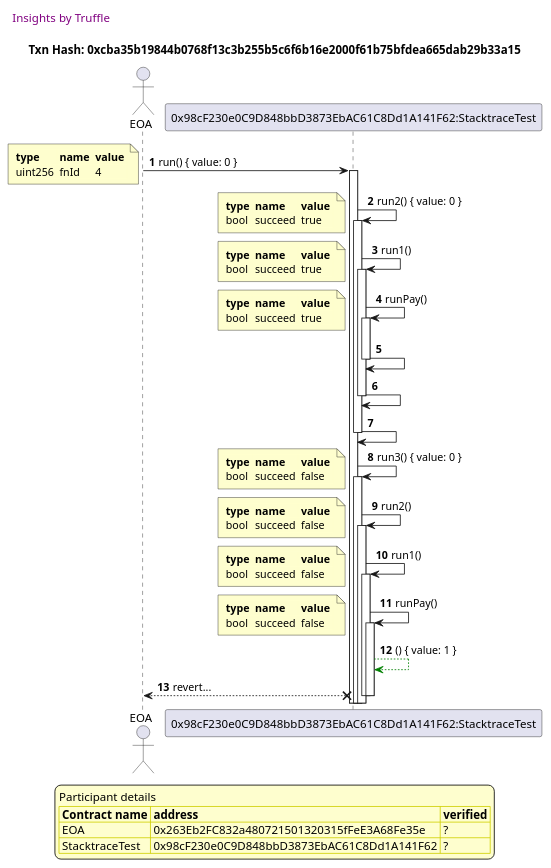
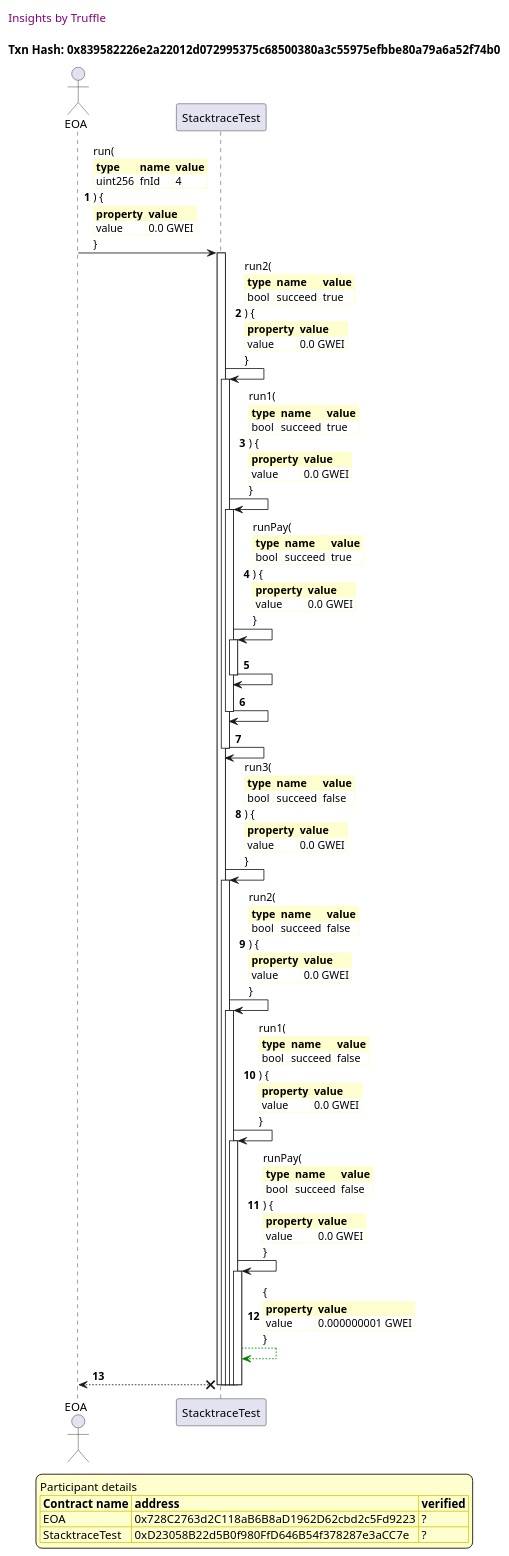
One commit to trufflesuite/txlog-seedlings changed the eighth of 11 diagrams in truffle-seq/stacktrace.test.md. Above: the diagram before and after it, drawn with PlantUML. The commit also changed other lines of this file and 5 other files, not shown here.

````diff
--- a/truffle-seq/stacktrace.test.md
+++ b/truffle-seq/stacktrace.test.md
@@ -463,93 +513,119 @@
 ```plantuml
+
+
 @startuml
 
 autonumber
-
 skinparam legendBackgroundColor #FEFECE
 
 <style>
-
-header {
-  HorizontalAlignment left
-  FontColor purple
-  FontSize 14
-  Padding 10
-}
-
-</style>
-
+      header {
+        HorizontalAlignment left
+        FontColor purple
+        FontSize 14
+        Padding 10
+      }
+    </style>
 
 header Insights by Truffle
 
-title Txn Hash: 0xcba35b19844b0768f13c3b255b5c6f6b16e2000f61b75bfdea665dab29b33a15
+title Txn Hash: 0x839582226e2a22012d072995375c68500380a3c55975efbbe80a79a6a52f74b0
+
 
 actor EOA as "EOA"
-participant StacktraceTest_01 as "0x98cF230e0C9D848bbD3873EbAC61C8Dd1A141F62:StacktraceTest"
 
-EOA -> StacktraceTest_01 ++: run() { value: 0 }
-note left #FEFECE
-<#FEFECE,#FEFECE>|= type |= name |= value |
-| uint256 | fnId | 4 |
-end note
+participant StacktraceTest as "StacktraceTest"
 
-StacktraceTest_01 -> StacktraceTest_01 ++: run2() { value: 0 }
-note left #FEFECE
-<#FEFECE,#FEFECE>|= type |= name |= value |
-| bool | succeed | true |
-end note
+"EOA" -> "StacktraceTest" ++: run(\n\
+<#FEFECE,#FEFECE>|= type |= name |= value |\n\
+| uint256 | fnId | 4 |\n\
+) {\n\
+<#FEFECE,#FEFECE>|= property |= value|\n\
+| value | 0.0 GWEI |\n\
+}
 
-StacktraceTest_01 -> StacktraceTest_01 ++: run1() 
-note left #FEFECE
-<#FEFECE,#FEFECE>|= type |= name |= value |
-| bool | succeed | true |
-end note
+"StacktraceTest" -> "StacktraceTest" ++: run2(\n\
+<#FEFECE,#FEFECE>|= type |= name |= value |\n\
+| bool | succeed | true |\n\
+) {\n\
+<#FEFECE,#FEFECE>|= property |= value|\n\
+| value | 0.0 GWEI |\n\
+}
 
-StacktraceTest_01 -> StacktraceTest_01 ++: runPay() 
-note left #FEFECE
-<#FEFECE,#FEFECE>|= type |= name |= value |
-| bool | succeed | true |
-end note
+"StacktraceTest" -> "StacktraceTest" ++: run1(\n\
+<#FEFECE,#FEFECE>|= type |= name |= value |\n\
+| bool | succeed | true |\n\
+) {\n\
+<#FEFECE,#FEFECE>|= property |= value|\n\
+| value | 0.0 GWEI |\n\
+}
 
-StacktraceTest_01 -> StacktraceTest_01 --: 
-StacktraceTest_01 -> StacktraceTest_01 --: 
-StacktraceTest_01 -> StacktraceTest_01 --: 
-StacktraceTest_01 -> StacktraceTest_01 ++: run3() { value: 0 }
-note left #FEFECE
-<#FEFECE,#FEFECE>|= type |= name |= value |
-| bool | succeed | false |
-end note
+"StacktraceTest" -> "StacktraceTest" ++: runPay(\n\
+<#FEFECE,#FEFECE>|= type |= name |= value |\n\
+| bool | succeed | true |\n\
+) {\n\
+<#FEFECE,#FEFECE>|= property |= value|\n\
+| value | 0.0 GWEI |\n\
+}
 
-StacktraceTest_01 -> StacktraceTest_01 ++: run2() 
-note left #FEFECE
-<#FEFECE,#FEFECE>|= type |= name |= value |
-| bool | succeed | false |
-end note
+"StacktraceTest" -> "StacktraceTest" --: 
 
-StacktraceTest_01 -> StacktraceTest_01 ++: run1() 
-note left #FEFECE
-<#FEFECE,#FEFECE>|= type |= name |= value |
-| bool | succeed | false |
-end note
+"StacktraceTest" -> "StacktraceTest" --: 
 
-StacktraceTest_01 -> StacktraceTest_01 ++: runPay() 
-note left #FEFECE
-<#FEFECE,#FEFECE>|= type |= name |= value |
-| bool | succeed | false |
-end note
+"StacktraceTest" -> "StacktraceTest" --: 
 
-StacktraceTest_01 -[#green]-> StacktraceTest_01 : () { value: 1 }
-StacktraceTest_01 x--> EOA: revert...
-deactivate StacktraceTest_01
-deactivate StacktraceTest_01
+"StacktraceTest" -> "StacktraceTest" ++: run3(\n\
+<#FEFECE,#FEFECE>|= type |= name |= value |\n\
+| bool | succeed | false |\n\
+) {\n\
+<#FEFECE,#FEFECE>|= property |= value|\n\
+| value | 0.0 GWEI |\n\
+}
+
+"StacktraceTest" -> "StacktraceTest" ++: run2(\n\
+<#FEFECE,#FEFECE>|= type |= name |= value |\n\
+| bool | succeed | false |\n\
+) {\n\
+<#FEFECE,#FEFECE>|= property |= value|\n\
+| value | 0.0 GWEI |\n\
+}
+
+"StacktraceTest" -> "StacktraceTest" ++: run1(\n\
+<#FEFECE,#FEFECE>|= type |= name |= value |\n\
+| bool | succeed | false |\n\
+) {\n\
+<#FEFECE,#FEFECE>|= property |= value|\n\
+| value | 0.0 GWEI |\n\
+}
+
+"StacktraceTest" -> "StacktraceTest" ++: runPay(\n\
+<#FEFECE,#FEFECE>|= type |= name |= value |\n\
+| bool | succeed | false |\n\
+) {\n\
+<#FEFECE,#FEFECE>|= property |= value|\n\
+| value | 0.0 GWEI |\n\
+}
+
+"StacktraceTest" -[#green]-> "StacktraceTest" : {\n\
+<#FEFECE,#FEFECE>|= property |= value|\n\
+| value | 0.000000001 GWEI |\n\
+}
+
+"StacktraceTest" x--> "EOA" : 
+
+deactivate "StacktraceTest"
+deactivate "StacktraceTest"
+deactivate "StacktraceTest"
+deactivate "StacktraceTest"
+deactivate "StacktraceTest"
 
 
 legend
 Participant details
 <#FEFECE,#D0D000>|= Contract name |= address |= verified |
-<#FEFECE>| EOA | 0x263Eb2FC832a480721501320315fFeE3A68Fe35e | ? |
-<#FEFECE>| StacktraceTest | 0x98cF230e0C9D848bbD3873EbAC61C8Dd1A141F62 | ? |
+<#FEFECE>| EOA | 0x728C2763d2C118aB6B8aD1962D62cbd2c5Fd9223 | ? |
+<#FEFECE>| StacktraceTest | 0xD23058B22d5B0f980FfD646B54f378287e3aCC7e | ? |
 endlegend
-
 
 
 @enduml
````
